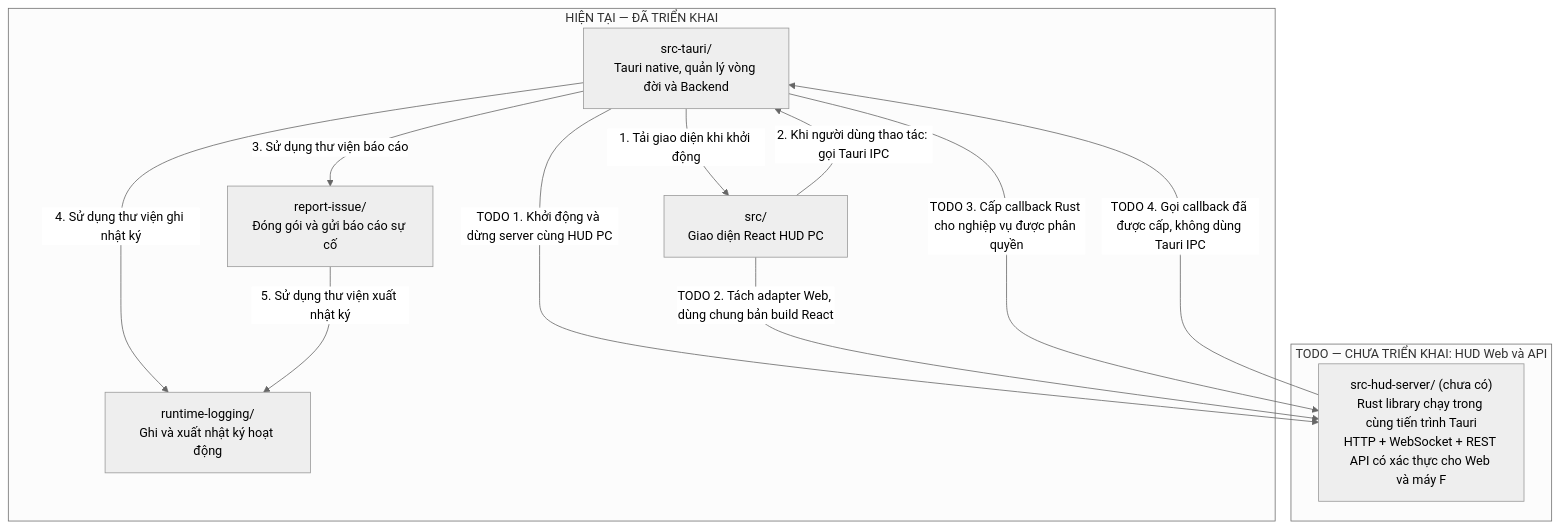
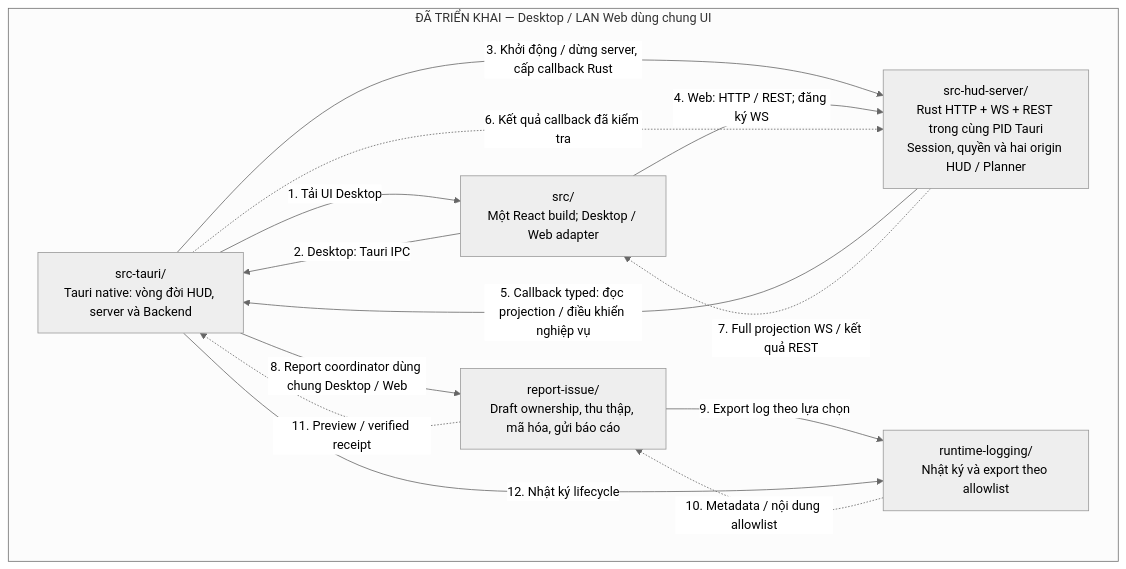
One commit to Synclab-VN-dev/StreamOps changed the diagram in utility/d4planner/d4planner-hud/architecture.md. Above: the diagram before and after it, drawn with Mermaid (neutral theme). The commit also changed 39 other files, not shown here.

Commit message:
feat(hud): serve shared authenticated LAN web UI from native runtime

````diff
--- a/utility/d4planner/d4planner-hud/architecture.md
+++ b/utility/d4planner/d4planner-hud/architecture.md
@@ -1,24 +1,22 @@
 ```mermaid
 flowchart TD
-    subgraph HIEN_TAI["HIỆN TẠI — ĐÃ TRIỂN KHAI"]
-        NATIVE["src-tauri/<br/>Tauri native, quản lý vòng đời và Backend"]
-        UI["src/<br/>Giao diện React HUD PC"]
-        REPORT["report-issue/<br/>Đóng gói và gửi báo cáo sự cố"]
-        LOG["runtime-logging/<br/>Ghi và xuất nhật ký hoạt động"]
+    subgraph IMPLEMENTED["ĐÃ TRIỂN KHAI — Desktop / LAN Web dùng chung UI"]
+        NATIVE["src-tauri/<br/>Tauri native: vòng đời HUD, server và Backend"]
+        UI["src/<br/>Một React build; Desktop / Web adapter"]
+        SERVER["src-hud-server/<br/>Rust HTTP + WS + REST trong cùng PID Tauri<br/>Session, quyền và hai origin HUD / Planner"]
+        REPORT["report-issue/<br/>Draft ownership, thu thập, mã hóa, gửi báo cáo"]
+        LOG["runtime-logging/<br/>Nhật ký và export theo allowlist"]
     end
-
-    NATIVE -->|"1. Tải giao diện khi khởi động"| UI
-    UI -->|"2. Khi người dùng thao tác: gọi Tauri IPC"| NATIVE
-    NATIVE -->|"3. Sử dụng thư viện báo cáo"| REPORT
-    NATIVE -->|"4. Sử dụng thư viện ghi nhật ký"| LOG
-    REPORT -->|"5. Sử dụng thư viện xuất nhật ký"| LOG
-
-    subgraph TODO_HUD_WEB["TODO — CHƯA TRIỂN KHAI: HUD Web và API"]
-        SERVER["src-hud-server/ (chưa có)<br/>Rust library chạy trong cùng tiến trình Tauri<br/>HTTP + WebSocket + REST API có xác thực cho Web và máy F"]
-    end
-
-    NATIVE -->|"TODO 1. Khởi động và dừng server cùng HUD PC"| SERVER
-    UI -->|"TODO 2. Tách adapter Web, dùng chung bản build React"| SERVER
-    NATIVE -->|"TODO 3. Cấp callback Rust cho nghiệp vụ được phân quyền"| SERVER
-    SERVER -->|"TODO 4. Gọi callback đã được cấp, không dùng Tauri IPC"| NATIVE
+    NATIVE -->|"1. Tải UI Desktop"| UI
+    UI -->|"2. Desktop: Tauri IPC"| NATIVE
+    NATIVE -->|"3. Khởi động / dừng server, cấp callback Rust"| SERVER
+    UI -->|"4. Web: HTTP / REST; đăng ký WS"| SERVER
+    SERVER -->|"5. Callback typed: đọc projection / điều khiển nghiệp vụ"| NATIVE
+    NATIVE -.->|"6. Kết quả callback đã kiểm tra"| SERVER
+    SERVER -.->|"7. Full projection WS / kết quả REST"| UI
+    NATIVE -->|"8. Report coordinator dùng chung Desktop / Web"| REPORT
+    REPORT -->|"9. Export log theo lựa chọn"| LOG
+    LOG -.->|"10. Metadata / nội dung allowlist"| REPORT
+    REPORT -.->|"11. Preview / verified receipt"| NATIVE
+    NATIVE -->|"12. Nhật ký lifecycle"| LOG
 ```
````
